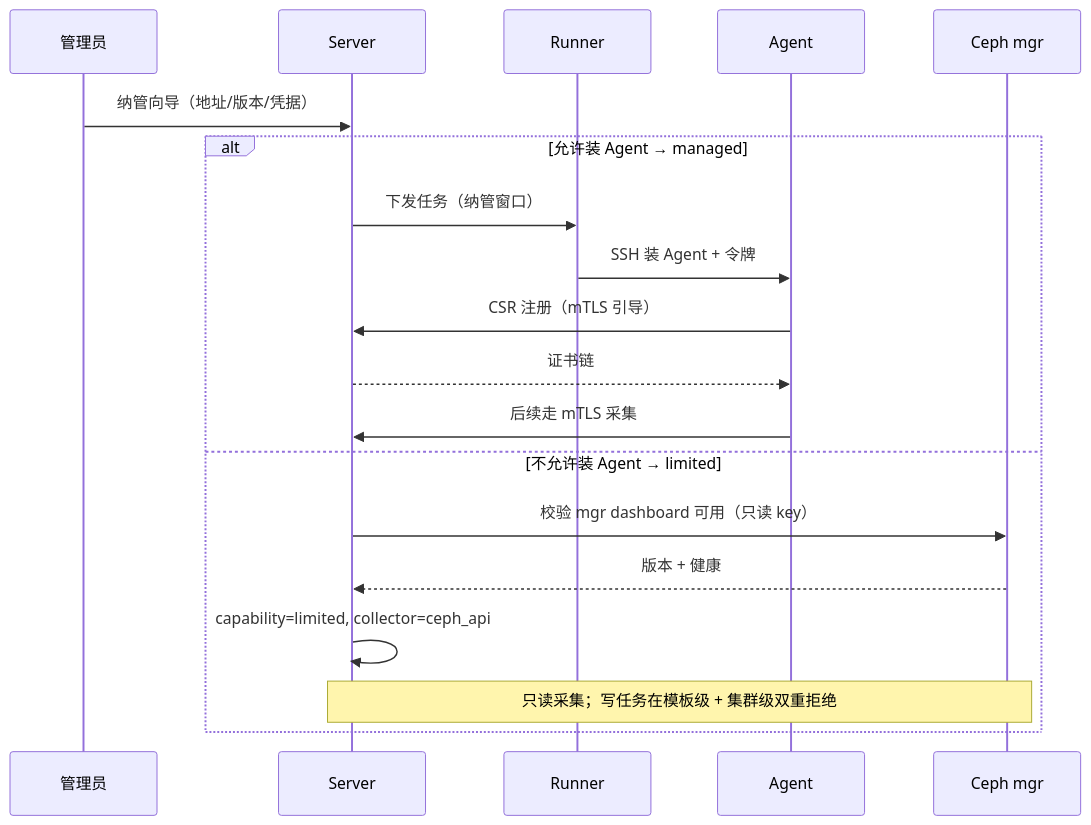
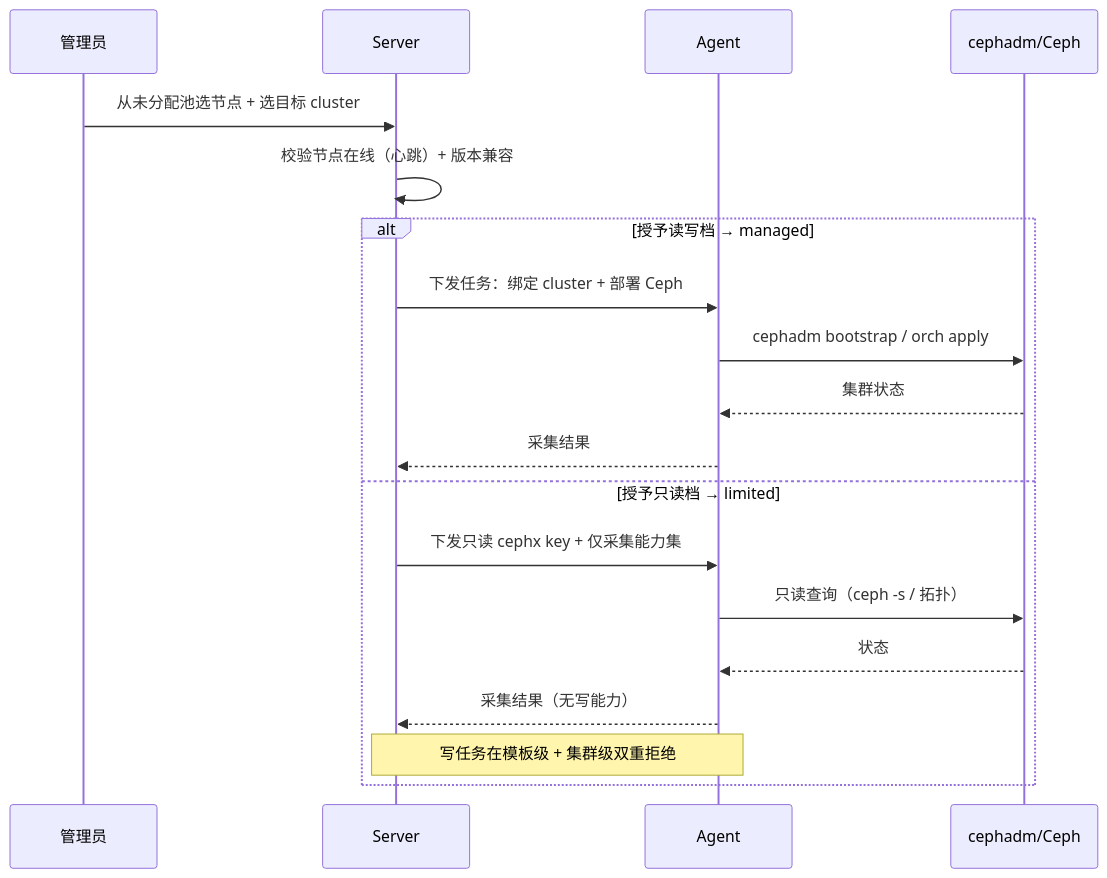
The eighth of 19 diagrams in docs/02-研发线/04-架构师/架构时序与数据流图册.md (lnsyyj/winter), drawn with Mermaid before and after one commit. The commit also changed other lines of this file and 17 other files, not shown here.

First line of the commit message:
docs(arch): Server 不再碰 Ceph，Agent 预装、运行期零 SSH（ADR-35）

````diff
--- a/docs/02-研发线/04-架构师/架构时序与数据流图册.md
+++ b/docs/02-研发线/04-架构师/架构时序与数据流图册.md
@@ -272,22 +261,22 @@
 ```mermaid
 sequenceDiagram
     participant U as 管理员
     participant S as Server
-    participant RN as Runner
     participant A as Agent
-    participant M as Ceph mgr
+    participant CE as cephadm/Ceph
 
-    U->>S: 纳管向导（地址/版本/凭据）
-    alt 允许装 Agent → managed
-        S->>RN: 下发任务（纳管窗口）
-        RN->>A: SSH 装 Agent + 令牌
-        A->>S: CSR 注册（mTLS 引导）
-        S-->>A: 证书链
-        A->>S: 后续走 mTLS 采集
-    else 不允许装 Agent → limited
-        S->>M: 校验 mgr dashboard 可用（只读 key）
-        M-->>S: 版本 + 健康
-        S->>S: capability=limited, collector=ceph_api
-        Note over S,M: 只读采集；写任务在模板级 + 集群级双重拒绝
+    U->>S: 从未分配池选节点 + 选目标 cluster
+    S->>S: 校验节点在线（心跳）+ 版本兼容
+    alt 授予读写档 → managed
+        S->>A: 下发任务：绑定 cluster + 部署 Ceph
+        A->>CE: cephadm bootstrap / orch apply
+        CE-->>A: 集群状态
+        A-->>S: 采集结果
+    else 授予只读档 → limited
+        S->>A: 下发只读 cephx key + 仅采集能力集
+        A->>CE: 只读查询（ceph -s / 拓扑）
+        CE-->>A: 状态
+        A-->>S: 采集结果（无写能力）
+        Note over S,A: 写任务在模板级 + 集群级双重拒绝
     end
 ```
````
